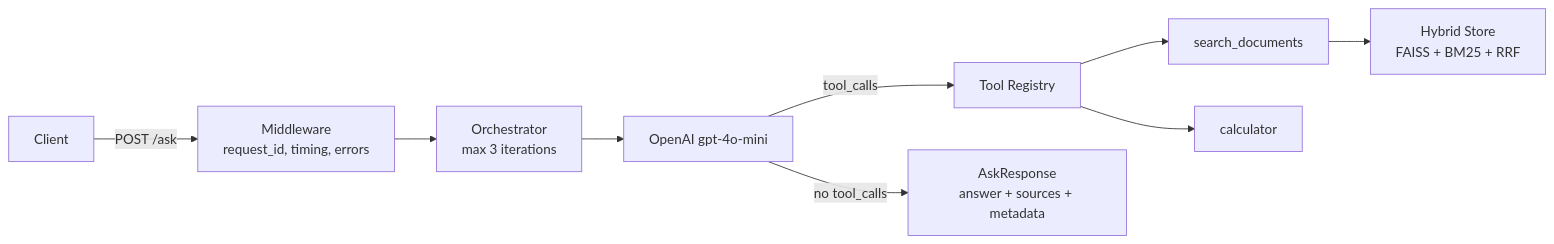
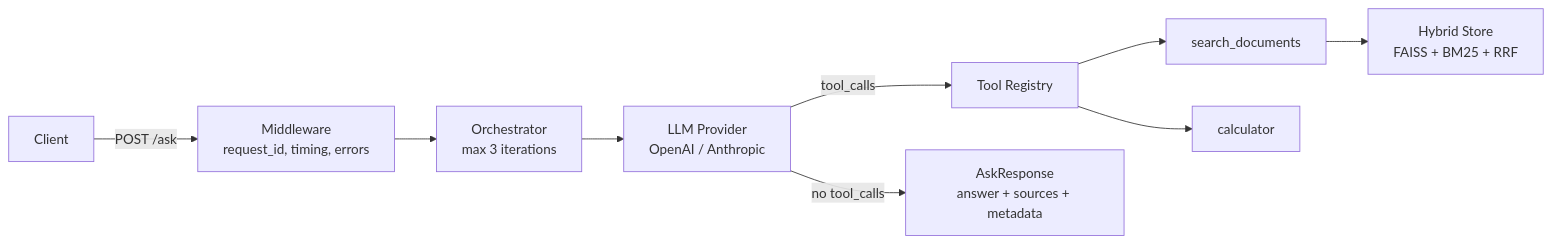
The diagram in README.md (tyy0811/agent-bench), drawn with Mermaid before and after one commit. The commit also changed other lines of this file and 3 other files, not shown here.

First line of the commit message:
feat: Anthropic Haiku benchmark + README with provider comparison

````diff
--- a/README.md
+++ b/README.md
@@ -78,11 +87,11 @@
 ```mermaid
 flowchart LR
     Client -->|POST /ask| MW[Middleware<br/>request_id, timing, errors]
     MW --> Orch[Orchestrator<br/>max 3 iterations]
-    Orch --> LLM[OpenAI gpt-4o-mini]
+    Orch --> LLM[LLM Provider<br/>OpenAI / Anthropic]
     LLM -->|tool_calls| Reg[Tool Registry]
     Reg --> Search[search_documents]
     Reg --> Calc[calculator]
     Search --> Store[Hybrid Store<br/>FAISS + BM25 + RRF]
     LLM -->|no tool_calls| Resp[AskResponse<br/>answer + sources + metadata]
 ```
````
